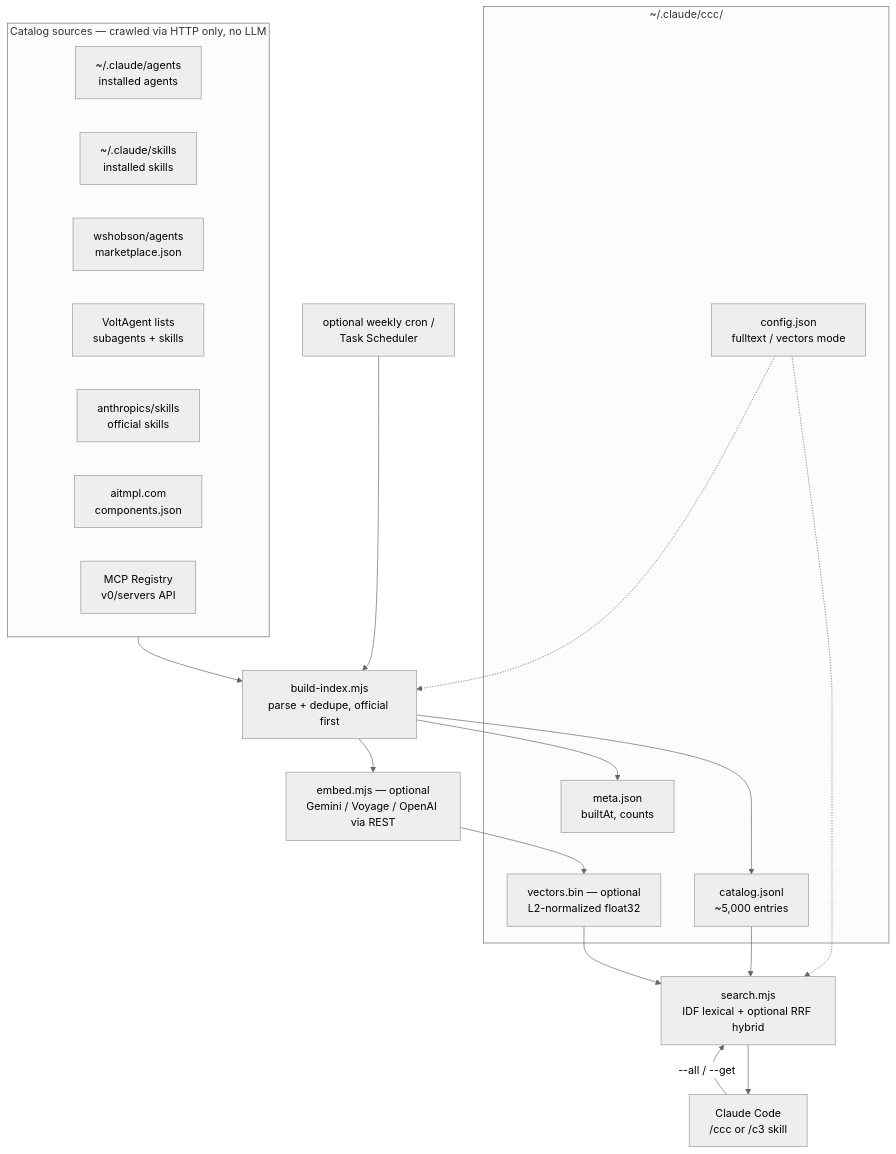
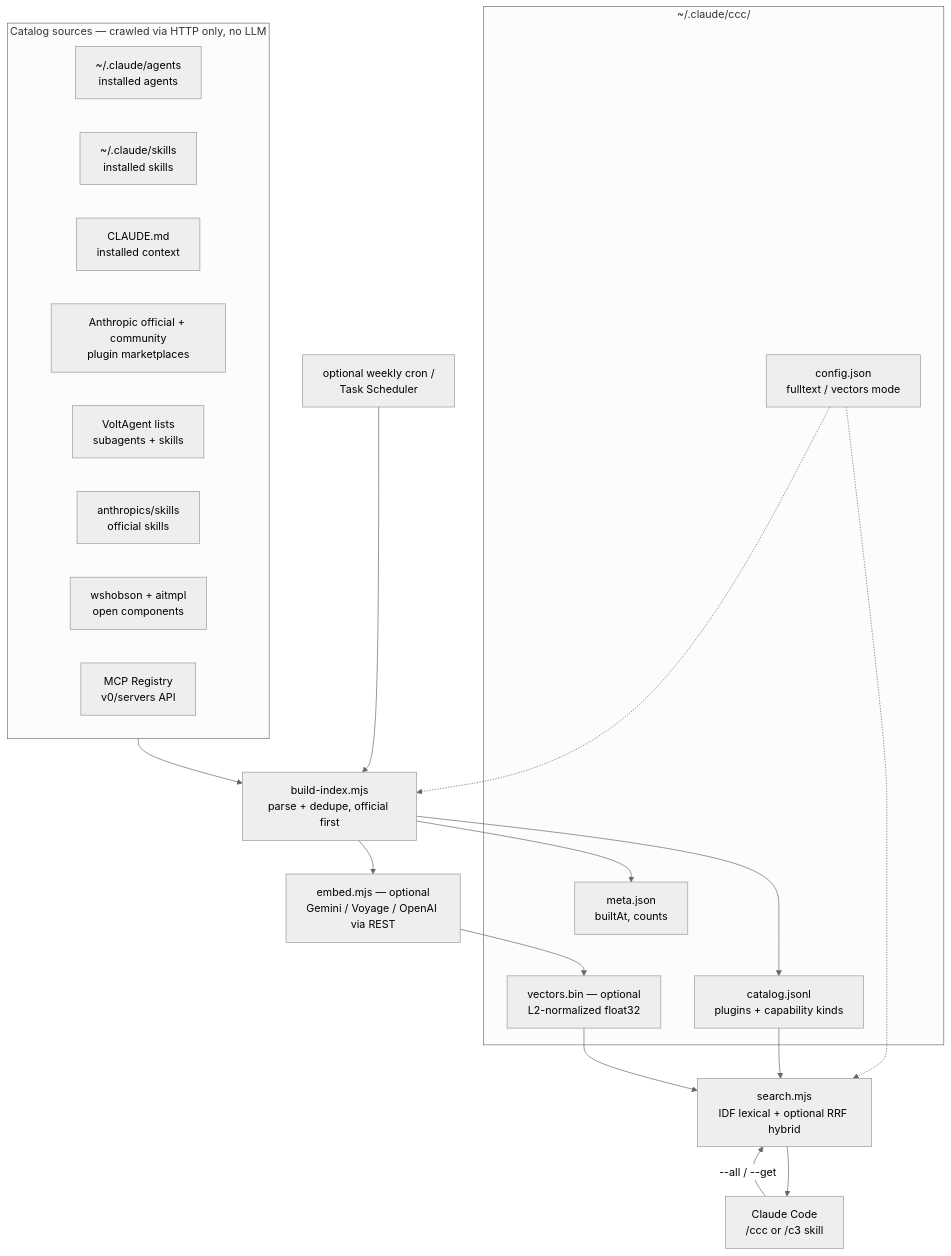
Before and after one commit to happygoluckydev/c3: the first of 2 diagrams in README.md, drawn with Mermaid (neutral theme). The commit also changed other lines of this file and 3 other files, not shown here.

Commit message:
feat: expand catalog capability coverage

````diff
--- a/README.md
+++ b/README.md
@@ -35,37 +35,38 @@
 ```mermaid
 flowchart TB
     subgraph sources["Catalog sources — crawled via HTTP only, no LLM"]
         A1["~/.claude/agents<br/>installed agents"]
         A2["~/.claude/skills<br/>installed skills"]
-        B1["wshobson/agents<br/>marketplace.json"]
+        A3["CLAUDE.md<br/>installed context"]
+        B1["Anthropic official + community<br/>plugin marketplaces"]
         B2["VoltAgent lists<br/>subagents + skills"]
         B3["anthropics/skills<br/>official skills"]
-        B4["aitmpl.com<br/>components.json"]
+        B4["wshobson + aitmpl<br/>open components"]
         B5["MCP Registry<br/>v0/servers API"]
     end
 
     CRON["optional weekly cron /<br/>Task Scheduler"] --> BUILD
     BUILD["build-index.mjs<br/>parse + dedupe, official first"]
     EMB["embed.mjs — optional<br/>Gemini / Voyage / OpenAI via REST"]
 
     subgraph store["~/.claude/ccc/"]
         CFG["config.json<br/>fulltext / vectors mode"]
-        CAT["catalog.jsonl<br/>~5,000 entries"]
+        CAT["catalog.jsonl<br/>plugins + capability kinds"]
         VEC["vectors.bin — optional<br/>L2-normalized float32"]
         META["meta.json<br/>builtAt, counts"]
     end
 
     SEARCH["search.mjs<br/>IDF lexical + optional RRF hybrid"]
     CLAUDE["Claude Code<br/>/ccc or /c3 skill"]
 
     sources --> BUILD
     CFG -.-> BUILD
     CFG -.-> SEARCH
     BUILD --> CAT
     BUILD --> META
     BUILD --> EMB --> VEC
     CAT --> SEARCH
     VEC --> SEARCH
     CLAUDE -->|"--all / --get"| SEARCH
     SEARCH --> CLAUDE
 ```
````
